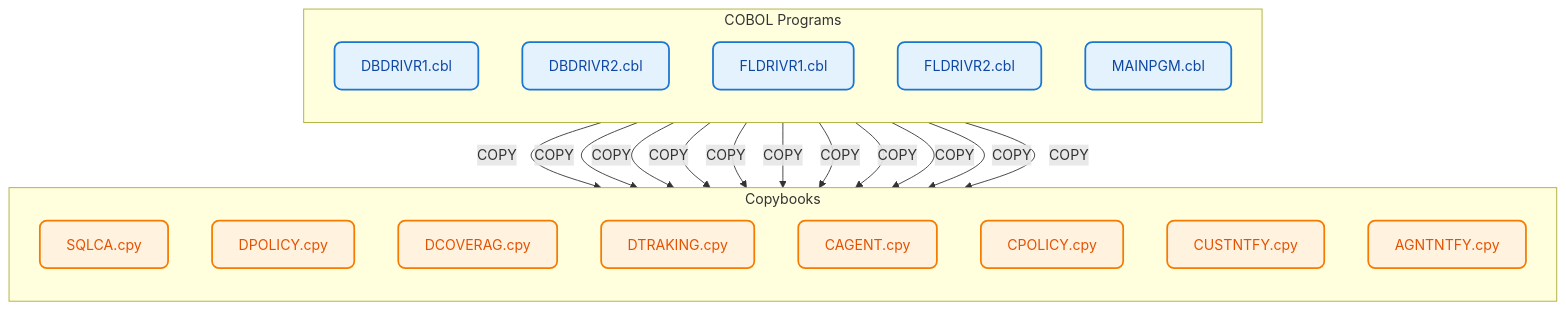
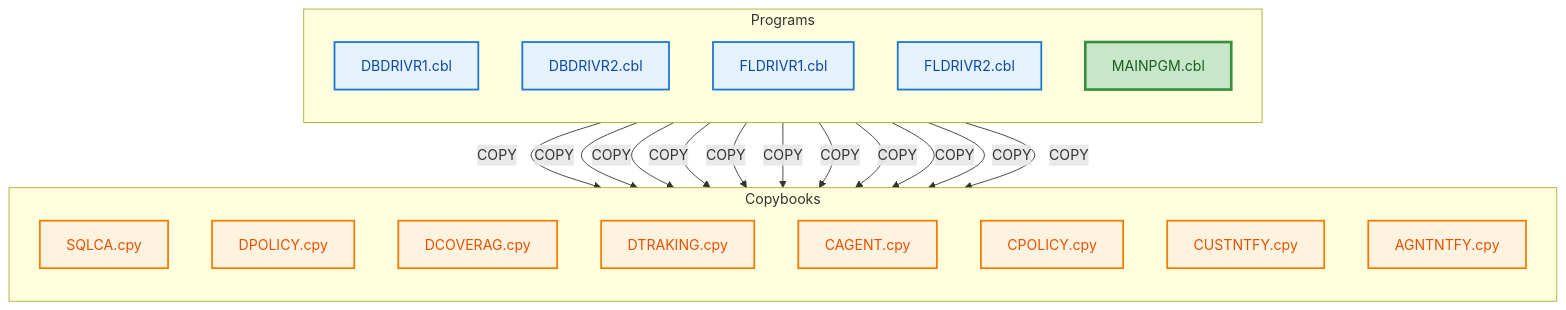
The diagram in csharp-output/dependency-diagram.md (Azure-Samples/Legacy-Modernization-Agents), drawn with Mermaid before and after one commit. The commit also changed 42 other files, not shown here.

````diff
--- a/csharp-output/dependency-diagram.md
+++ b/csharp-output/dependency-diagram.md
@@ -3,50 +3,51 @@
 ```mermaid
 graph TB
   %% Styles
-  classDef program fill:#e3f2fd,stroke:#1976d2,stroke-width:2px,color:#0d47a1,rx:8,ry:8;
-  classDef copybook fill:#fff3e0,stroke:#f57c00,stroke-width:2px,color:#e65100,rx:8,ry:8;
-  classDef header fill:#c8e6c9,stroke:#388e3c,stroke-width:2px,color:#1b5e20,rx:8,ry:8;
+  classDef program fill:#e3f2fd,stroke:#1976d2,stroke-width:2px,color:#0d47a1;
+  classDef copybook fill:#fff3e0,stroke:#f57c00,stroke-width:2px,color:#e65100;
+  classDef mainProgram fill:#c8e6c9,stroke:#388e3c,stroke-width:3px,color:#1b5e20;
 
-  %% Subgraph: COBOL Programs
-  subgraph COBOL Programs
+  %% Programs Subgraph
+  subgraph Programs
     direction TB
     DBDRIVR1["DBDRIVR1.cbl"]
     DBDRIVR2["DBDRIVR2.cbl"]
     FLDRIVR1["FLDRIVR1.cbl"]
     FLDRIVR2["FLDRIVR2.cbl"]
     MAINPGM["MAINPGM.cbl"]
   end
 
-  %% Subgraph: Copybooks
+  %% Copybooks Subgraph
   subgraph Copybooks
     direction TB
     SQLCA["SQLCA.cpy"]
     DPOLICY["DPOLICY.cpy"]
     DCOVERAG["DCOVERAG.cpy"]
     DTRAKING["DTRAKING.cpy"]
     CAGENT["CAGENT.cpy"]
     CPOLICY["CPOLICY.cpy"]
     CUSTNTFY["CUSTNTFY.cpy"]
     AGNTNTFY["AGNTNTFY.cpy"]
   end
 
   %% Dependencies
   DBDRIVR1 -->|COPY| SQLCA
   DBDRIVR1 -->|COPY| DPOLICY
   DBDRIVR1 -->|COPY| DCOVERAG
   DBDRIVR1 -->|COPY| DTRAKING
 
   DBDRIVR2 -->|COPY| SQLCA
   DBDRIVR2 -->|COPY| DTRAKING
 
   FLDRIVR1 -->|COPY| CAGENT
 
   MAINPGM -->|COPY| CPOLICY
   MAINPGM -->|COPY| CAGENT
   MAINPGM -->|COPY| CUSTNTFY
   MAINPGM -->|COPY| AGNTNTFY
 
-  %% Styling
-  class DBDRIVR1,DBDRIVR2,FLDRIVR1,FLDRIVR2,MAINPGM program;
+  %% Assign styles
+  class DBDRIVR1,DBDRIVR2,FLDRIVR1,FLDRIVR2 program;
+  class MAINPGM mainProgram;
   class SQLCA,DPOLICY,DCOVERAG,DTRAKING,CAGENT,CPOLICY,CUSTNTFY,AGNTNTFY copybook;
 ```
````
